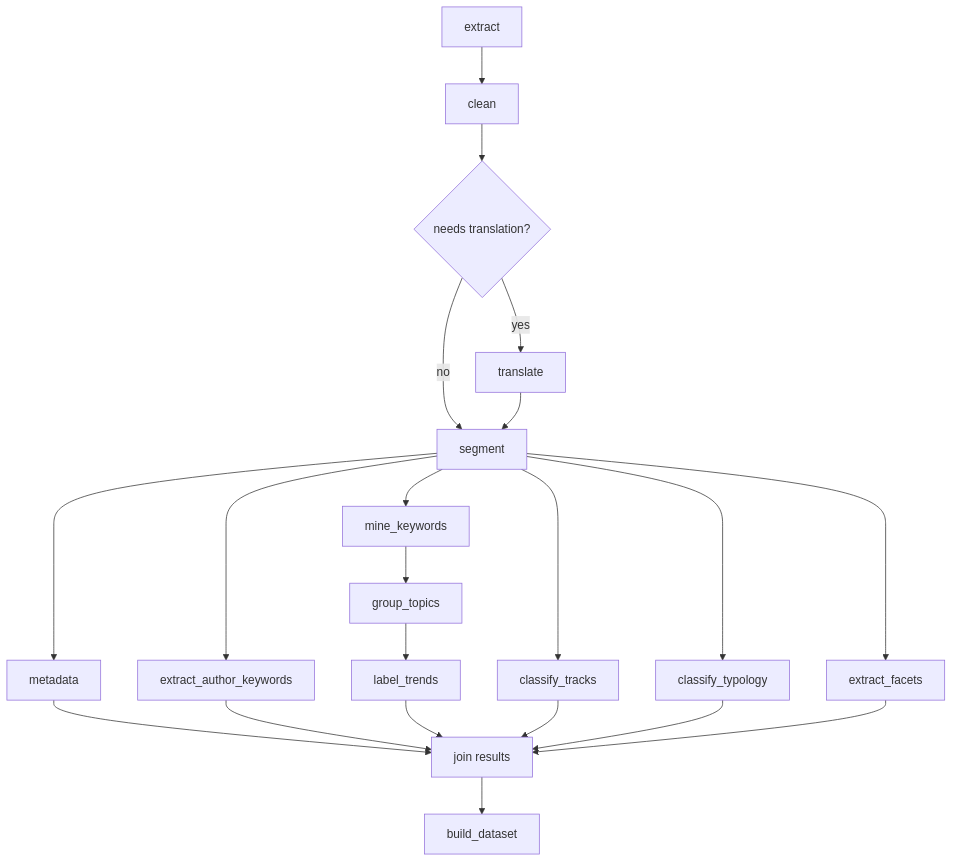
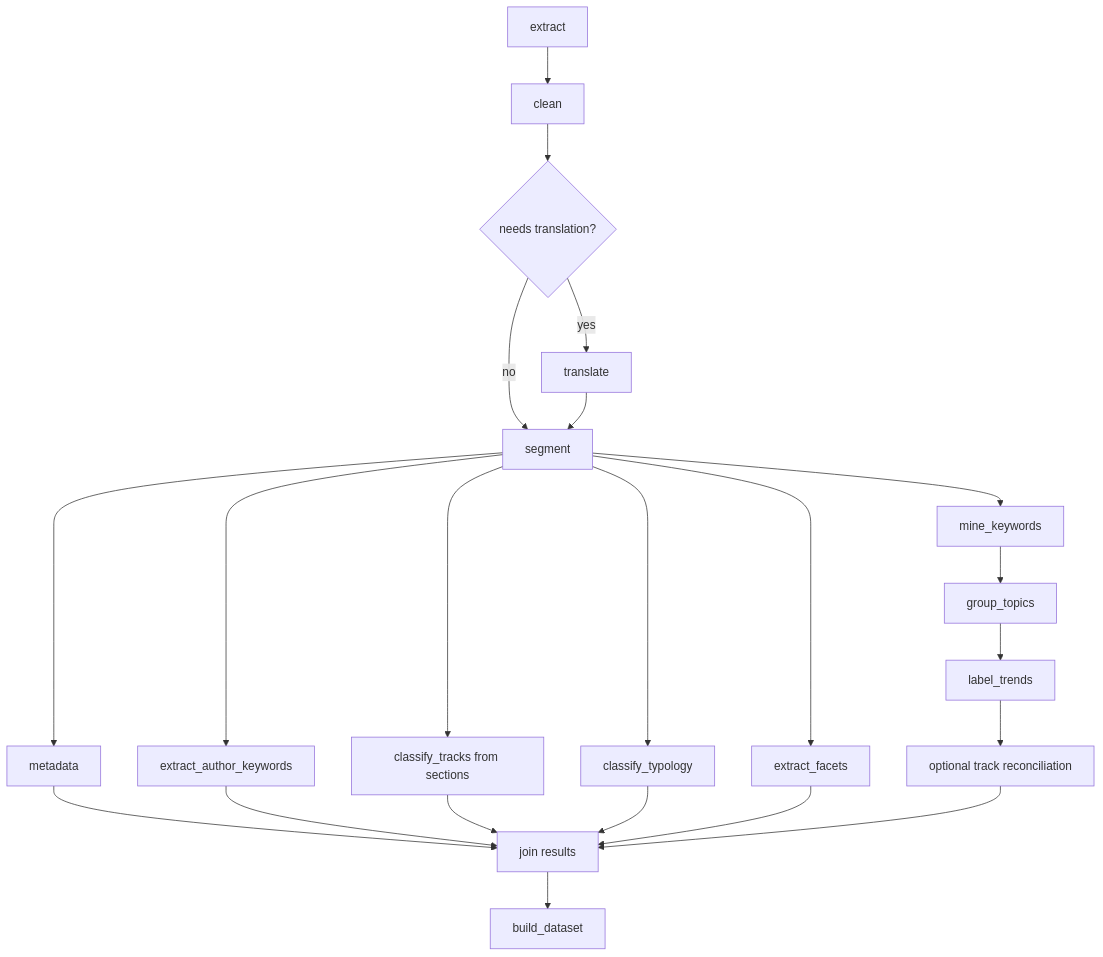
The third of 9 diagrams in docs/11-ux-efficiency-accuracy-speed-improvements.md (LLM-Project2005/papertrend_extractor_LLM), drawn with Mermaid before and after one commit. The commit also changed other lines of this file and 12 other files, not shown here.

````diff
--- a/docs/11-ux-efficiency-accuracy-speed-improvements.md
+++ b/docs/11-ux-efficiency-accuracy-speed-improvements.md
@@ -77,27 +82,28 @@
 ```mermaid
 flowchart TD
     A["extract"] --> B["clean"]
     B --> C{"needs translation?"}
     C -- "yes" --> D["translate"]
     C -- "no" --> E["segment"]
     D --> E
 
     E --> F1["metadata"]
     E --> F2["extract_author_keywords"]
     E --> F3["mine_keywords"]
-    E --> F4["classify_tracks"]
+    E --> F4["classify_tracks from sections"]
     E --> F5["classify_typology"]
     E --> F6["extract_facets"]
 
     F3 --> G1["group_topics"]
     G1 --> G2["label_trends"]
+    G2 --> G3["optional track reconciliation"]
 
     F1 --> H["join results"]
     F2 --> H
-    G2 --> H
     F4 --> H
     F5 --> H
     F6 --> H
+    G3 --> H
 
     H --> I["build_dataset"]
 ```
````
